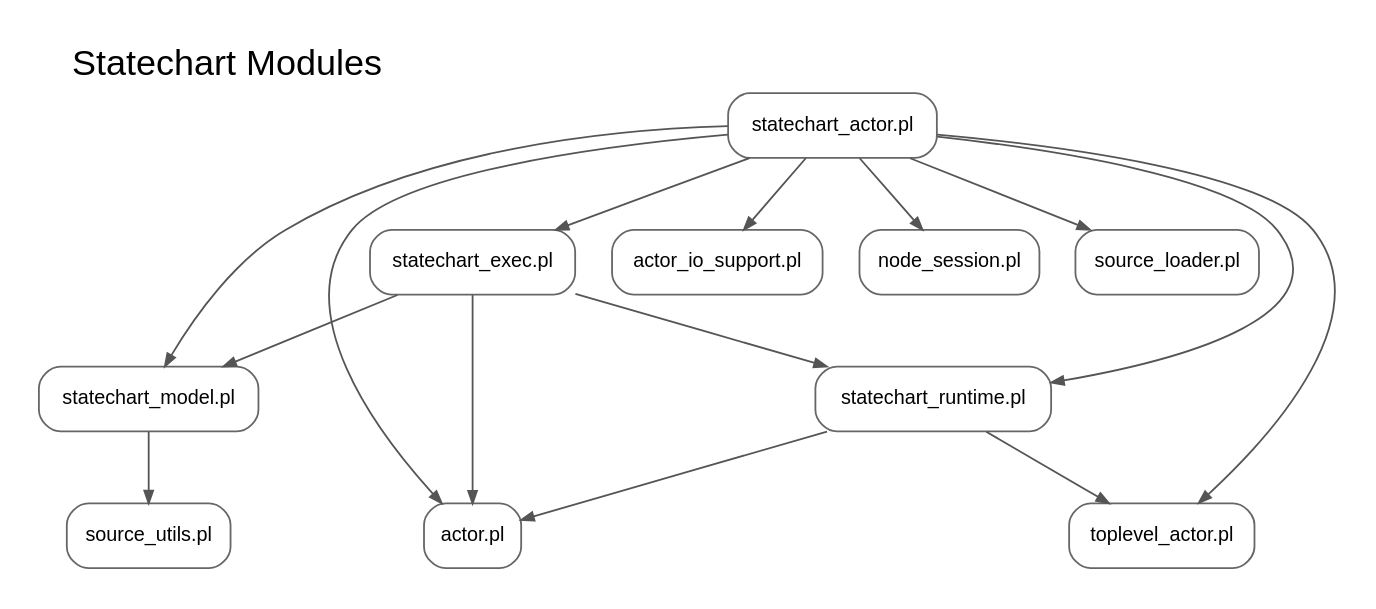
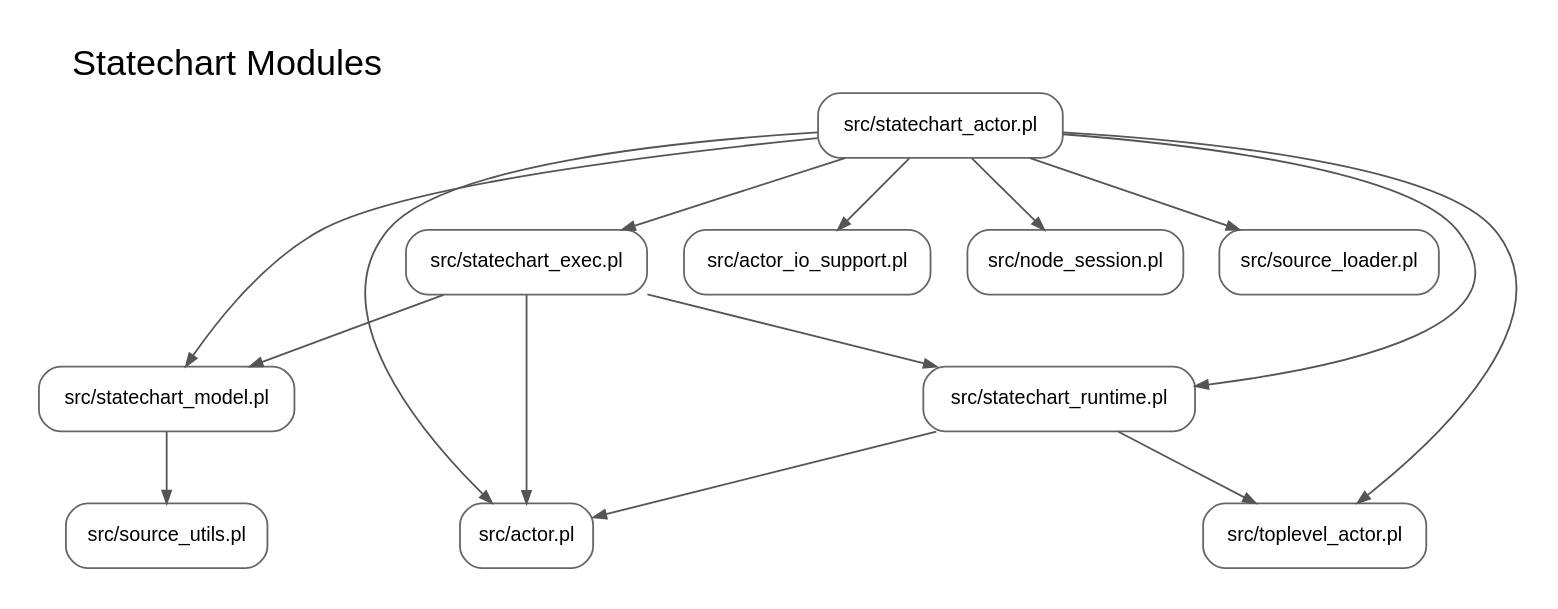
The diagram in docs/generated/dependency_graph/statechart-modules.dot (torbjornlager/trinity-demonstrator), drawn with Graphviz before and after one commit. The commit also changed 162 other files, not shown here.

```diff
--- a/docs/generated/dependency_graph/statechart-modules.dot
+++ b/docs/generated/dependency_graph/statechart-modules.dot
@@ -1,30 +1,30 @@
 digraph dependency_graph {
   graph [rankdir=TB, labelloc=t, labeljust=l, fontsize=20, fontname="Helvetica", overlap=false, splines=true, nodesep=0.28, ranksep=0.55, pad=0.2];
   node [shape=box, style="rounded", color="#666666", fontname="Helvetica", fontsize=11, margin="0.08,0.05"];
   edge [color="#555555", arrowsize=0.7, penwidth=1.0];
   label="Statechart Modules";
-  n0 [label="actor.pl"];
-  n1 [label="actor_io_support.pl"];
-  n2 [label="node_session.pl"];
-  n3 [label="source_loader.pl"];
-  n4 [label="source_utils.pl"];
-  n5 [label="statechart_actor.pl"];
-  n6 [label="statechart_exec.pl"];
-  n7 [label="statechart_model.pl"];
-  n8 [label="statechart_runtime.pl"];
-  n9 [label="toplevel_actor.pl"];
+  n0 [label="src/actor.pl"];
+  n1 [label="src/actor_io_support.pl"];
+  n2 [label="src/node_session.pl"];
+  n3 [label="src/source_loader.pl"];
+  n4 [label="src/source_utils.pl"];
+  n5 [label="src/statechart_actor.pl"];
+  n6 [label="src/statechart_exec.pl"];
+  n7 [label="src/statechart_model.pl"];
+  n8 [label="src/statechart_runtime.pl"];
+  n9 [label="src/toplevel_actor.pl"];
   n5 -> n0;
   n5 -> n1;
   n5 -> n2;
   n5 -> n3;
   n5 -> n6;
   n5 -> n7;
   n5 -> n8;
   n5 -> n9;
   n6 -> n0;
   n6 -> n7;
   n6 -> n8;
   n7 -> n4;
   n8 -> n0;
   n8 -> n9;
 }
```
